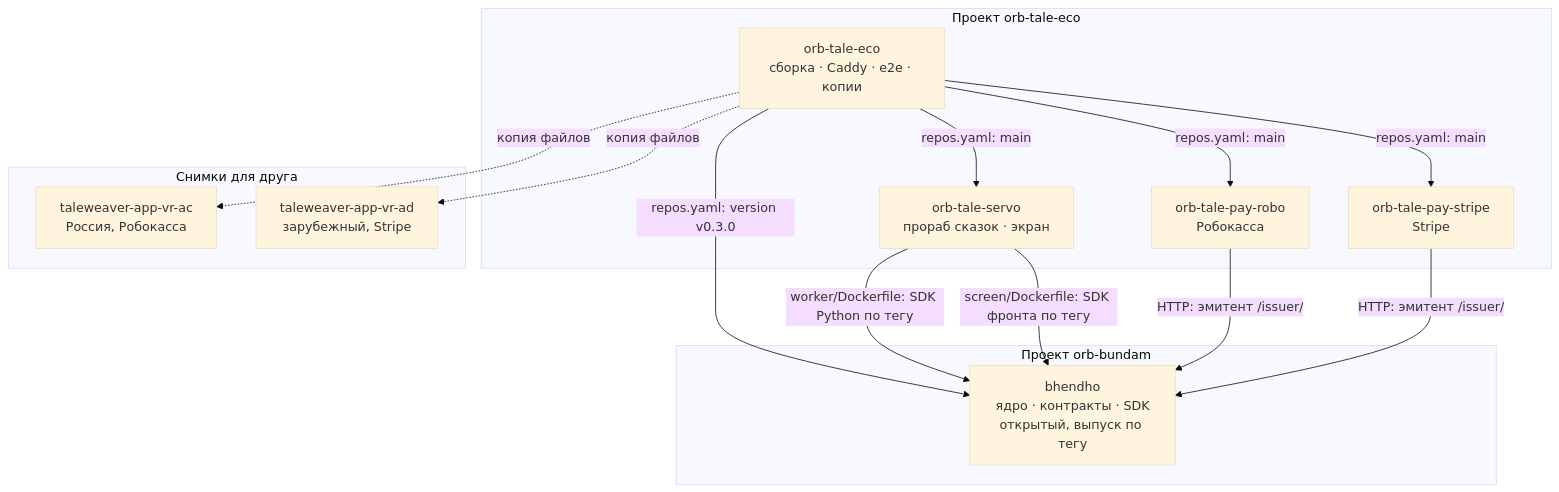
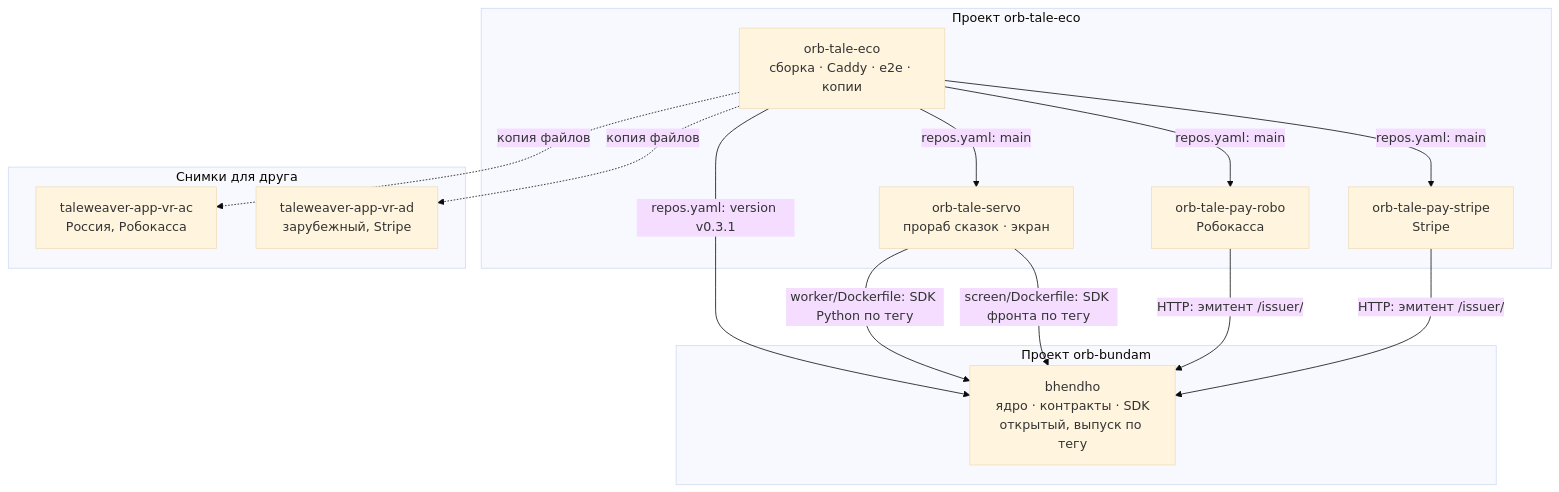
Before and after one commit to vlad78831457/orb-bundam: the diagram in man/map.md, drawn with Mermaid (base theme). The commit also changed other lines of this file and 26 other files, not shown here.

````diff
--- a/man/map.md
+++ b/man/map.md
@@ -7,23 +7,23 @@
 ```mermaid
 flowchart TB
   subgraph bundam["Проект orb-bundam"]
     bhendho["bhendho<br/>ядро · контракты · SDK<br/>открытый, выпуск по тегу"]
   end
   subgraph tale["Проект orb-tale-eco"]
     eco["orb-tale-eco<br/>сборка · Caddy · e2e · копии"]
     servo["orb-tale-servo<br/>прораб сказок · экран"]
     robo["orb-tale-pay-robo<br/>Робокасса"]
     stripe["orb-tale-pay-stripe<br/>Stripe"]
   end
   subgraph snaps["Снимки для друга"]
     ac["taleweaver-app-vr-ac<br/>Россия, Робокасса"]
     ad["taleweaver-app-vr-ad<br/>зарубежный, Stripe"]
   end
-  eco -- "repos.yaml: version v0.3.0" --> bhendho
+  eco -- "repos.yaml: version v0.3.1" --> bhendho
   eco -- "repos.yaml: main" --> servo & robo & stripe
   servo -- "worker/Dockerfile: SDK Python по тегу" --> bhendho
   servo -- "screen/Dockerfile: SDK фронта по тегу" --> bhendho
   robo -- "HTTP: эмитент /issuer/" --> bhendho
   stripe -- "HTTP: эмитент /issuer/" --> bhendho
   eco -. "копия файлов" .-> ac & ad
 ```
````
